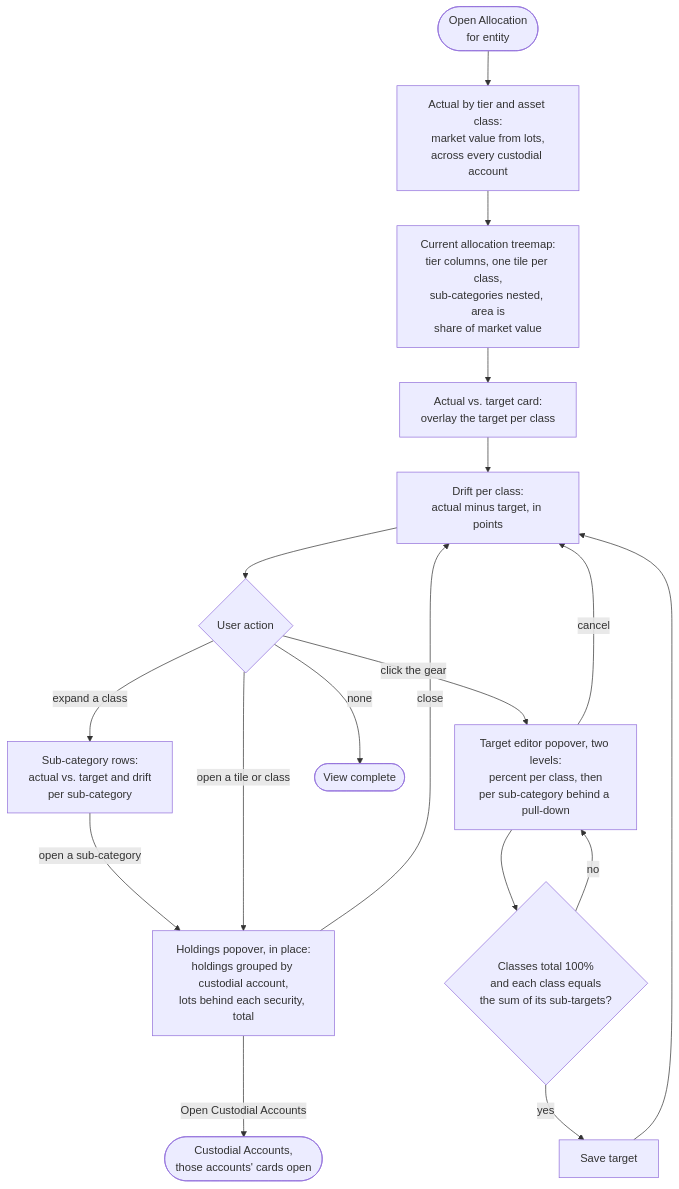
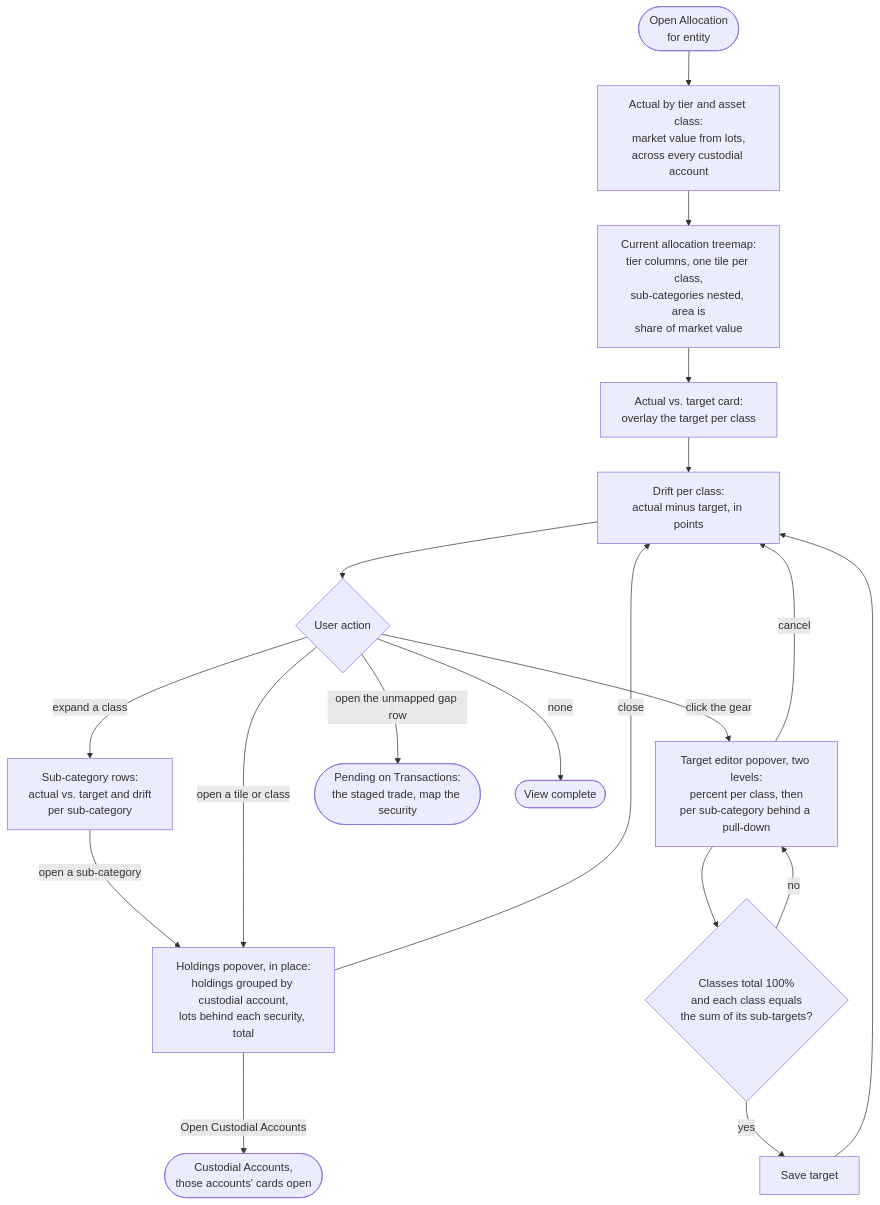
Before and after one commit to richmosko/polycarpic: the diagram in docs/DESIGN/flows/allocation-flow.md, drawn with Mermaid. The commit also changed other lines of this file and 6 other files, not shown here.

````diff
--- a/docs/DESIGN/flows/allocation-flow.md
+++ b/docs/DESIGN/flows/allocation-flow.md
@@ -5,20 +5,21 @@
 ```mermaid
 flowchart TD
   open([Open Allocation\nfor entity]) --> actual[Actual by tier and asset class:\nmarket value from lots,\nacross every custodial account]
   actual --> map[Current allocation treemap:\ntier columns, one tile per class,\nsub-categories nested, area is\nshare of market value]
   map --> target[Actual vs. target card:\noverlay the target per class]
   target --> drift[Drift per class:\nactual minus target, in points]
   drift --> act{User action}
   act -- expand a class --> subs[Sub-category rows:\nactual vs. target and drift\nper sub-category]
   subs -- open a sub-category --> holdings
   act -- open a tile or class --> holdings[Holdings popover, in place:\nholdings grouped by custodial account,\nlots behind each security, total]
   holdings -- close --> drift
   holdings -- Open Custodial Accounts --> lots([Custodial Accounts,\nthose accounts' cards open])
   act -- click the gear --> edit[Target editor popover, two levels:\npercent per class, then\nper sub-category behind a pull-down]
   edit -- cancel --> drift
   edit --> sum{Classes total 100%\nand each class equals\nthe sum of its sub-targets?}
   sum -- no --> edit
   sum -- yes --> save[Save target]
   save --> drift
+  act -- open the unmapped gap row --> gap([Pending on Transactions:\nthe staged trade, map the security])
   act -- none --> done([View complete])
 ```
````
